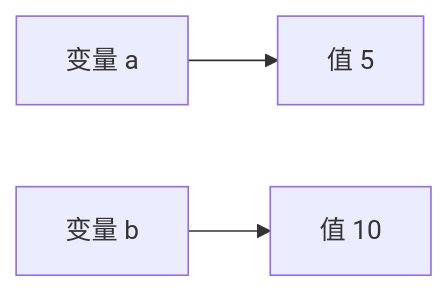
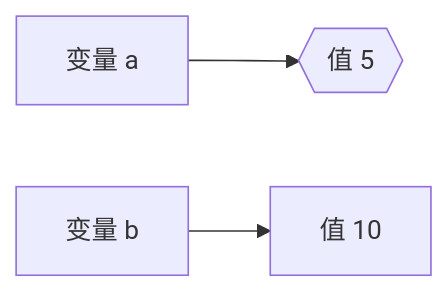
One commit to ApolloMonasa/ApolloMonasa.github.io changed the fourth of 6 diagrams in content/docs/NeoForge/1Preparations/2LanguageReview/1Java/02Values_Evaluation.md. Above: the diagram before and after it, drawn with Mermaid. The commit also changed other lines of this file and 1 other file, not shown here.

````diff
--- a/content/docs/NeoForge/1Preparations/2LanguageReview/1Java/02Values_Evaluation.md
+++ b/content/docs/NeoForge/1Preparations/2LanguageReview/1Java/02Values_Evaluation.md
@@ -170,5 +290,5 @@
 ```mermaid
 graph LR
-    a["变量 a"] --> v5["值 5"]
+    a["变量 a"] --> v5{{"值 5"}}
     b["变量 b"] --> v10["值 10"]
 ```
````
